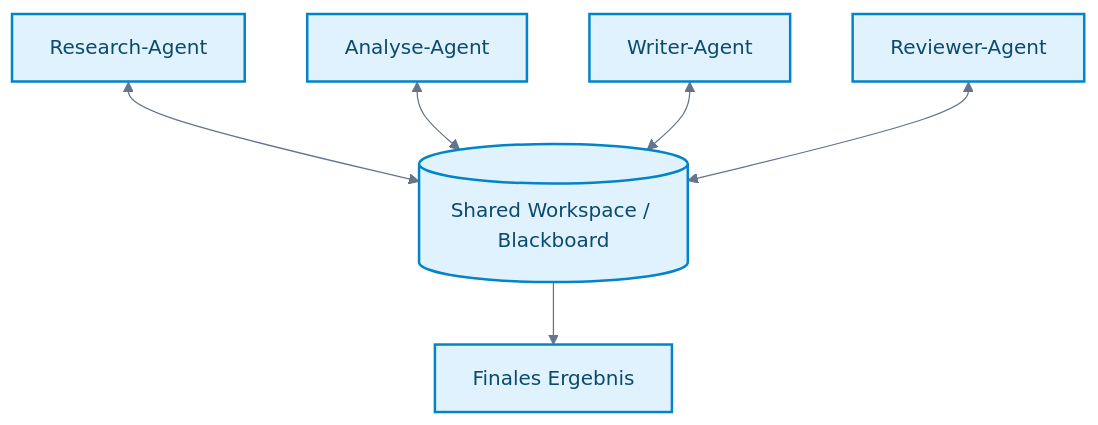
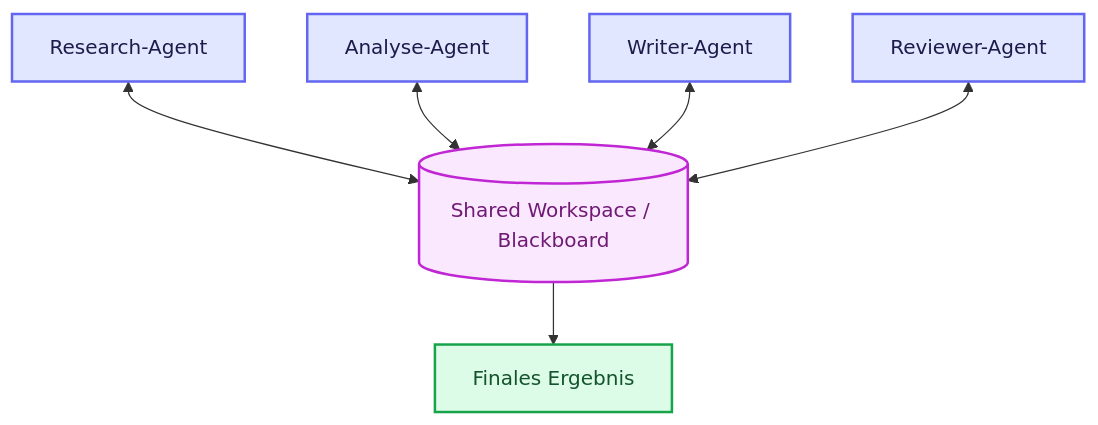
Before and after one commit to ralf-42/GenAI: the eighth of 12 diagrams in docs/08-agenten/agent-architekturen.md, drawn with Mermaid. The commit also changed other lines of this file and 50 other files, not shown here.

````diff
--- a/docs/08-agenten/agent-architekturen.md
+++ b/docs/08-agenten/agent-architekturen.md
@@ -392,29 +305,20 @@
 ```mermaid
----
-config:
-  theme: base
-  look: classic
-  themeVariables:
-    primaryColor: '#e0f2fe'
-    primaryBorderColor: '#0284c7'
-    primaryTextColor: '#1e293b'
-    lineColor: '#64748b'
-    clusterBkg: '#f8fafc'
-    clusterBorder: '#cbd5e1'
-    noteBkgColor: '#fef3c7'
-    noteBorderColor: '#d97706'
-    noteTextColor: '#78350f'
-    edgeLabelBackground: '#ffffff'
----
-
 flowchart TB
     B[(Shared Workspace / Blackboard)]
     R[Research-Agent] <--> B
     A[Analyse-Agent] <--> B
     W[Writer-Agent] <--> B
     Q[Reviewer-Agent] <--> B
     B --> E[Finales Ergebnis]
 
 %% Funktionsfarben nach Mermaid_Best_Practices.md
-classDef default fill:#e0f2fe,stroke:#0284c7,stroke-width:2px,color:#0c4a6e;
+
+    classDef default fill:#e0f2fe,stroke:#0284c7,stroke-width:2px,color:#0c4a6e;
+    classDef input fill:#e0e7ff,stroke:#6366f1,stroke-width:2px,color:#1e1b4b;
+    classDef output fill:#dcfce7,stroke:#16a34a,stroke-width:2px,color:#14532d;
+    classDef target fill:#fae8ff,stroke:#c026d3,stroke-width:2px,color:#701a75;
+
+    class R,A,W,Q input;
+    class E output;
+    class B target;
 ```
````
